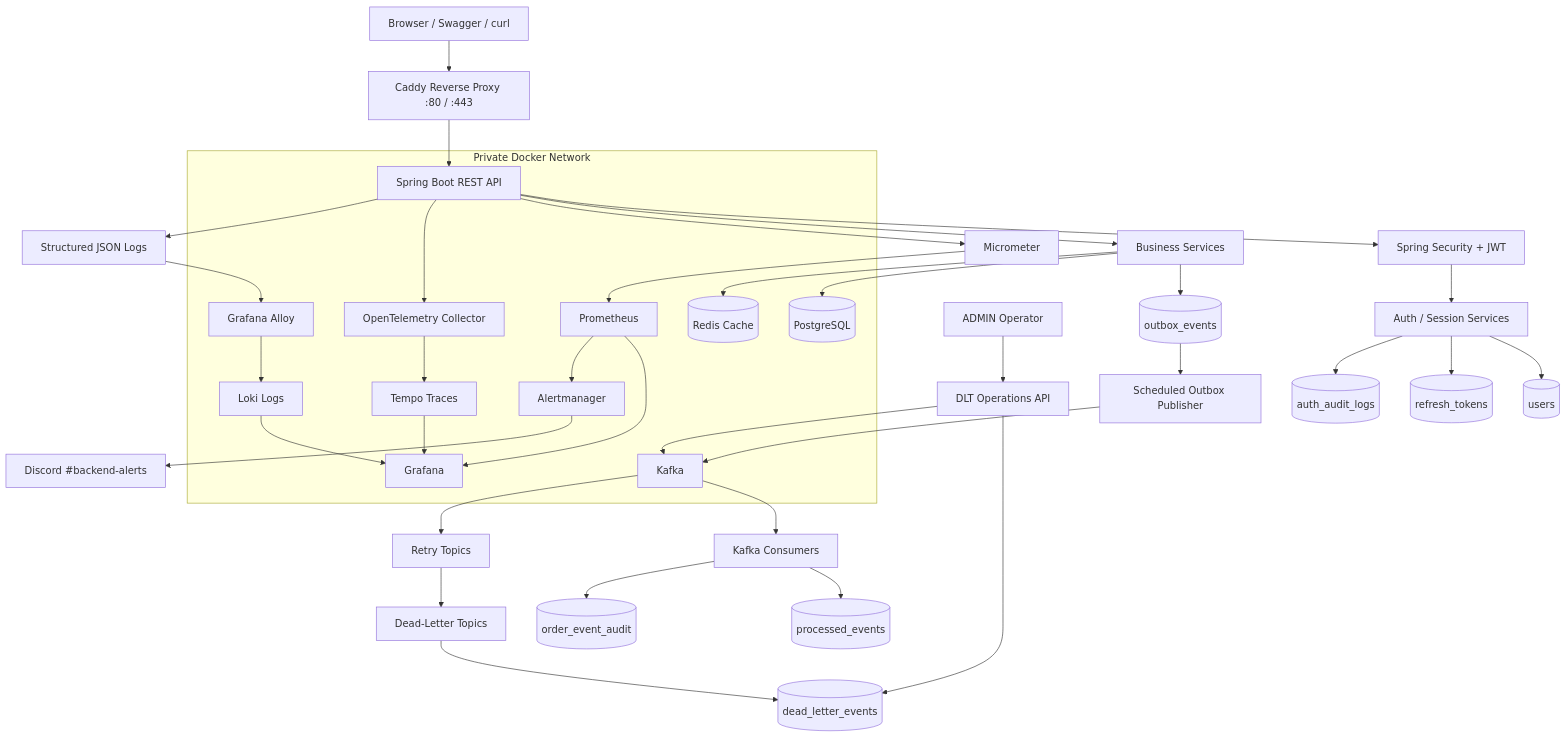
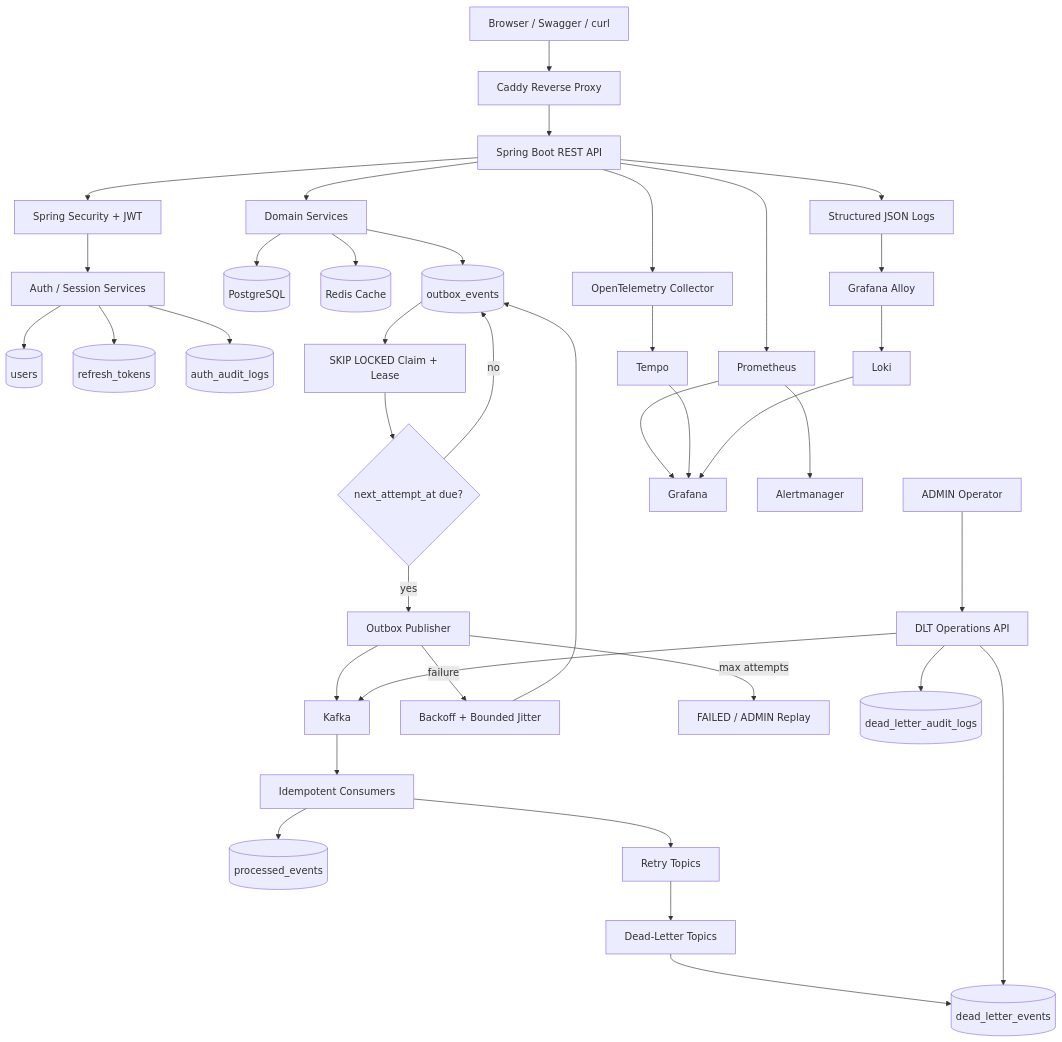
The diagram in README.md (ravan-chuang/spring-boot-ecommerce-backend), drawn with Mermaid before and after one commit. The commit also changed other lines of this file and 3 other files, not shown here.

````diff
--- a/README.md
+++ b/README.md
@@ -50,54 +50,45 @@
 ```mermaid
 flowchart TD
-    Client[Browser / Swagger / curl] --> Caddy[Caddy Reverse Proxy :80 / :443]
+    Client[Browser / Swagger / curl] --> Caddy[Caddy Reverse Proxy]
     Caddy --> API[Spring Boot REST API]
     API --> Security[Spring Security + JWT]
     Security --> Auth[Auth / Session Services]
     Auth --> Users[(users)]
     Auth --> RefreshTokens[(refresh_tokens)]
     Auth --> AuthAudit[(auth_audit_logs)]
 
-    API --> Services[Business Services]
-    Services --> PostgreSQL[(PostgreSQL)]
-    Services --> Redis[(Redis Cache)]
-    Services --> Outbox[(outbox_events)]
+    API --> Domain[Domain Services]
+    Domain --> PostgreSQL[(PostgreSQL)]
+    Domain --> Redis[(Redis Cache)]
+    Domain --> Outbox[(outbox_events)]
 
-    Outbox --> Publisher[Scheduled Outbox Publisher]
+    Outbox --> Claim[SKIP LOCKED Claim + Lease]
+    Claim --> Due{next_attempt_at due?}
+    Due -->|yes| Publisher[Outbox Publisher]
+    Due -->|no| Outbox
     Publisher --> Kafka[Kafka]
-    Kafka --> Consumer[Kafka Consumers]
+    Publisher -->|failure| RetryPolicy[Backoff + Bounded Jitter]
+    RetryPolicy --> Outbox
+    Publisher -->|max attempts| Failed[FAILED / ADMIN Replay]
+
+    Kafka --> Consumer[Idempotent Consumers]
     Consumer --> Processed[(processed_events)]
-    Consumer --> OrderAudit[(order_event_audit)]
-    Kafka --> Retry[Retry Topics]
-    Retry --> DLT[Dead-Letter Topics]
+    Consumer --> RetryTopics[Retry Topics]
+    RetryTopics --> DLT[Dead-Letter Topics]
     DLT --> DLTStore[(dead_letter_events)]
-    Admin[ADMIN Operator] --> DLTAPI[DLT Operations API]
+    Operator[ADMIN Operator] --> DLTAPI[DLT Operations API]
     DLTAPI --> DLTStore
     DLTAPI --> Kafka
+    DLTAPI --> DLTAudit[(dead_letter_audit_logs)]
 
-    API --> Metrics[Micrometer]
-    Metrics --> Prometheus[Prometheus]
+    API --> Prometheus[Prometheus]
+    API --> OTel[OpenTelemetry Collector]
+    API --> JSONLogs[Structured JSON Logs]
+    OTel --> Tempo[Tempo]
+    JSONLogs --> Alloy[Grafana Alloy]
+    Alloy --> Loki[Loki]
     Prometheus --> Grafana[Grafana]
-    Prometheus --> Alertmanager[Alertmanager]
-    Alertmanager --> Discord[Discord #backend-alerts]
-    API --> OTel[OpenTelemetry Collector]
-    OTel --> Tempo[Tempo Traces]
-    API --> JSONLogs[Structured JSON Logs]
-    JSONLogs --> Alloy[Grafana Alloy]
-    Alloy --> Loki[Loki Logs]
     Tempo --> Grafana
     Loki --> Grafana
-
-    subgraph Private Docker Network
-      API
-      PostgreSQL
-      Redis
-      Kafka
-      Prometheus
-      Grafana
-      Alertmanager
-      OTel
-      Tempo
-      Loki
-      Alloy
-    end
+    Prometheus --> Alertmanager[Alertmanager]
 ```
````
